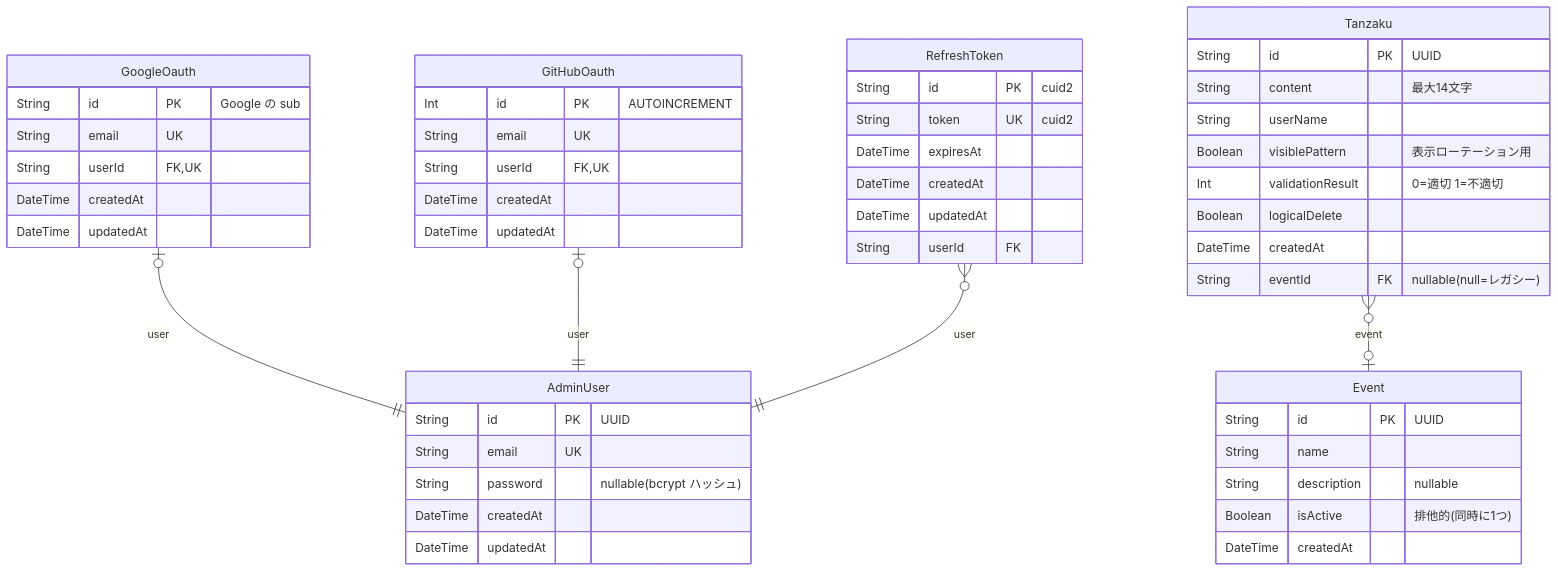
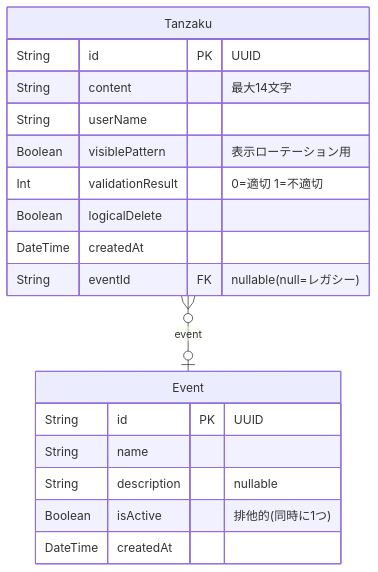
One commit to itl-marubu/tanzakuv2 changed the diagram in docs/ERD.md. Above: the diagram before and after it, drawn with Mermaid. The commit also changed other lines of this file and 2 other files, not shown here.

Commit message:
docs: openapi/README/ERDから認証関連の記述を削除
docs/openapi.ymlの/auth系パス・AuthTokensスキーマ・BearerAuth・accountsタグを
削除。README.mdのアーキテクチャ図・Secrets一覧・ID規約、docs/ERD.mdの認証系
テーブル定義を実装(migrations/0006での削除)に合わせて更新した。

````diff
--- a/docs/ERD.md
+++ b/docs/ERD.md
@@ -5,53 +5,21 @@
 ```mermaid
 erDiagram
-"AdminUser" {
-  String id PK "UUID"
-  String email UK
-  String password "nullable(bcrypt ハッシュ)"
-  DateTime createdAt
-  DateTime updatedAt
-}
-"GoogleOauth" {
-  String id PK "Google の sub"
-  String email UK
-  String userId FK,UK
-  DateTime createdAt
-  DateTime updatedAt
-}
-"GitHubOauth" {
-  Int id PK "AUTOINCREMENT"
-  String email UK
-  String userId FK,UK
-  DateTime createdAt
-  DateTime updatedAt
-}
-"RefreshToken" {
-  String id PK "cuid2"
-  String token UK "cuid2"
-  DateTime expiresAt
-  DateTime createdAt
-  DateTime updatedAt
-  String userId FK
-}
 "Event" {
   String id PK "UUID"
   String name
   String description "nullable"
   Boolean isActive "排他的(同時に1つ)"
   DateTime createdAt
 }
 "Tanzaku" {
   String id PK "UUID"
   String content "最大14文字"
   String userName
   Boolean visiblePattern "表示ローテーション用"
   Int validationResult "0=適切 1=不適切"
   Boolean logicalDelete
   DateTime createdAt
   String eventId FK "nullable(null=レガシー)"
 }
-"GoogleOauth" |o--|| "AdminUser" : user
-"GitHubOauth" |o--|| "AdminUser" : user
-"RefreshToken" }o--|| "AdminUser" : user
 "Tanzaku" }o--o| "Event" : event
 ```
````
